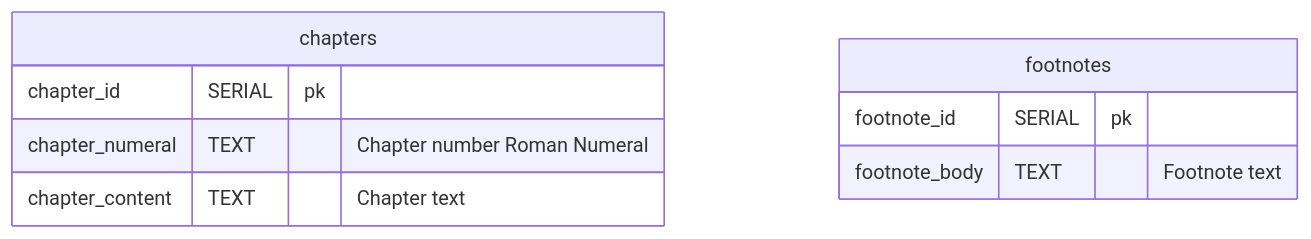
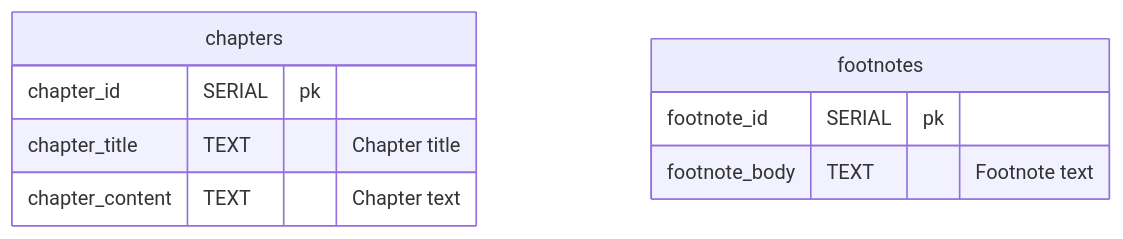
One commit to it-sd-sqc/sqc-project-bvanopdorp changed the diagram in README.md. Above: the diagram before and after it, drawn with Mermaid. The commit also changed 6 other files, not shown here.

````diff
--- a/README.md
+++ b/README.md
@@ -7,12 +7,12 @@
 ```mermaid
 erDiagram
   chapters {
     chapter_id SERIAL pk
-    chapter_numeral TEXT "Chapter number Roman Numeral"
+    chapter_title TEXT "Chapter title"
     chapter_content TEXT "Chapter text"
   }
   footnotes {
     footnote_id SERIAL pk
     footnote_body TEXT "Footnote text"
   }
 ```
````
